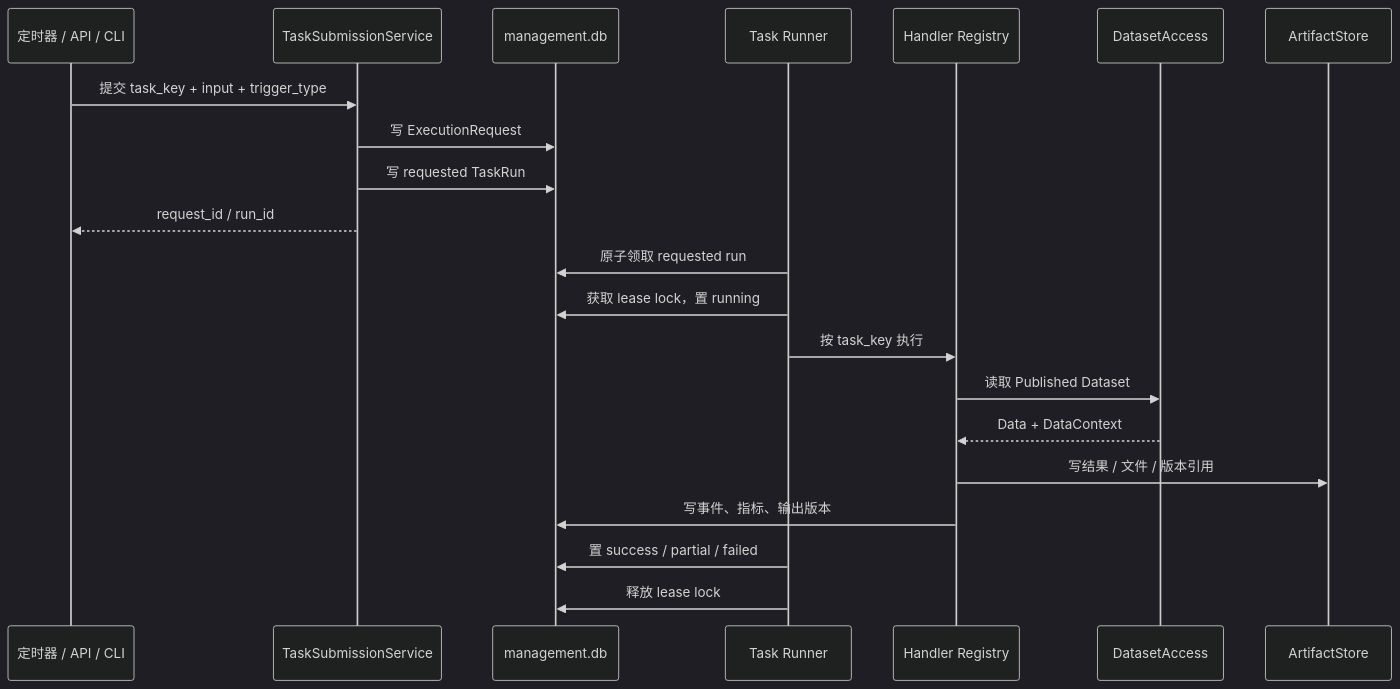
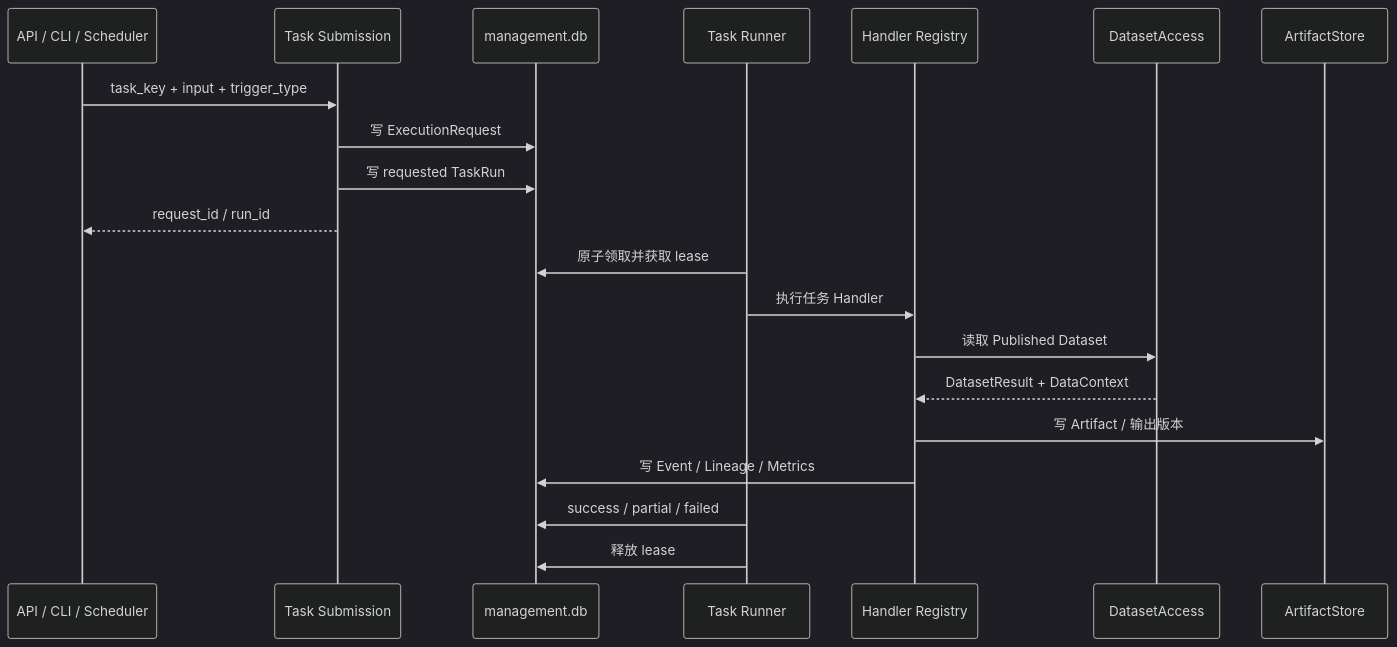
One commit to fewhg3yhjt/stock-data-analyse changed the seventh of 10 diagrams in docs/TARGET_ARCHITECTURE.md. Above: the diagram before and after it, drawn with Mermaid (dark theme). The commit also changed other lines of this file and 1 other file, not shown here.

Commit message:
docs: reset target architecture for new project

````diff
--- a/docs/TARGET_ARCHITECTURE.md
+++ b/docs/TARGET_ARCHITECTURE.md
@@ -459,24 +461,23 @@
 ```mermaid
 sequenceDiagram
-    participant Trigger as 定时器 / API / CLI
-    participant Submit as TaskSubmissionService
+    participant Trigger as API / CLI / Scheduler
+    participant Submit as Task Submission
     participant DB as management.db
     participant Runner as Task Runner
     participant Handler as Handler Registry
     participant Data as DatasetAccess
-    participant Artifact as ArtifactStore
+    participant Store as ArtifactStore
 
-    Trigger->>Submit: 提交 task_key + input + trigger_type
+    Trigger->>Submit: task_key + input + trigger_type
     Submit->>DB: 写 ExecutionRequest
     Submit->>DB: 写 requested TaskRun
     Submit-->>Trigger: request_id / run_id
-    Runner->>DB: 原子领取 requested run
-    Runner->>DB: 获取 lease lock，置 running
-    Runner->>Handler: 按 task_key 执行
+    Runner->>DB: 原子领取并获取 lease
+    Runner->>Handler: 执行任务 Handler
     Handler->>Data: 读取 Published Dataset
-    Data-->>Handler: Data + DataContext
-    Handler->>Artifact: 写结果 / 文件 / 版本引用
-    Handler->>DB: 写事件、指标、输出版本
-    Runner->>DB: 置 success / partial / failed
-    Runner->>DB: 释放 lease lock
+    Data-->>Handler: DatasetResult + DataContext
+    Handler->>Store: 写 Artifact / 输出版本
+    Handler->>DB: 写 Event / Lineage / Metrics
+    Runner->>DB: success / partial / failed
+    Runner->>DB: 释放 lease
 ```
````
